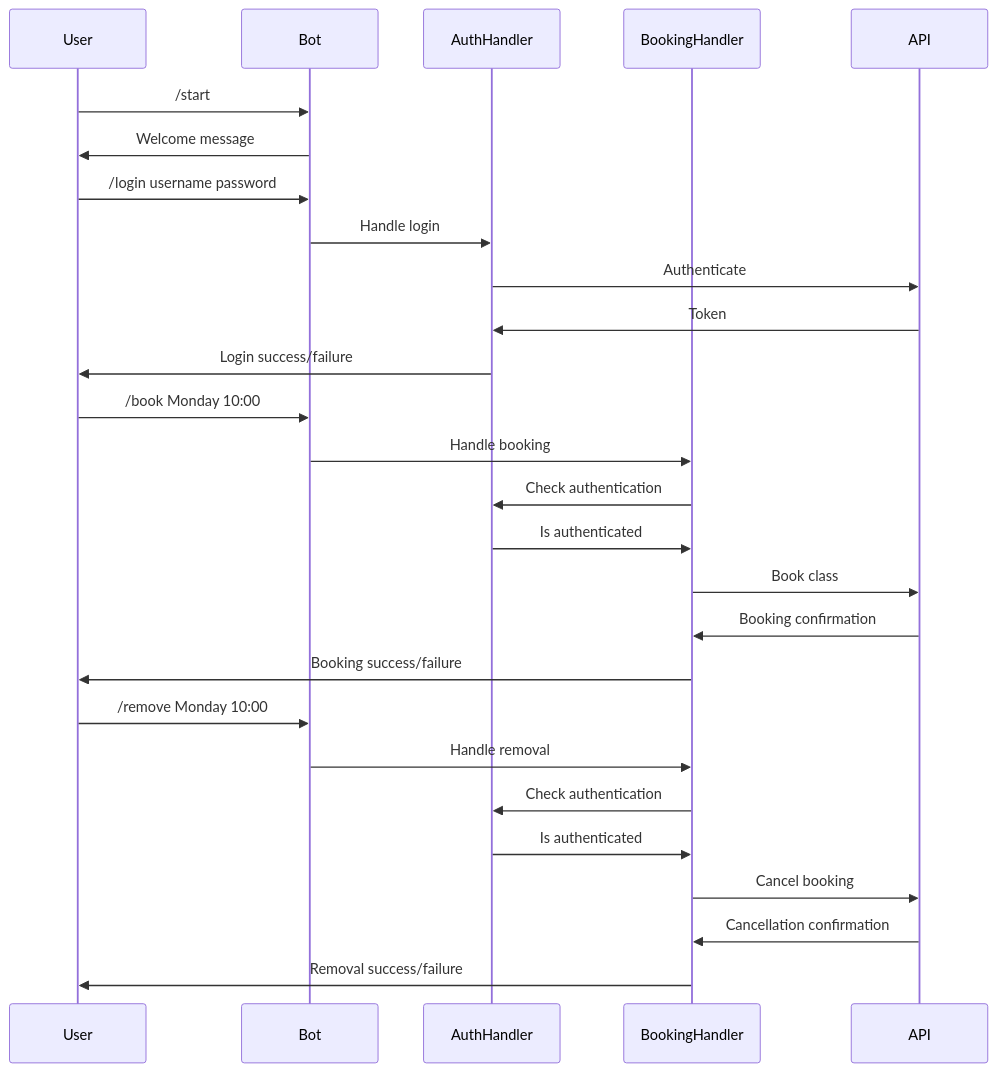
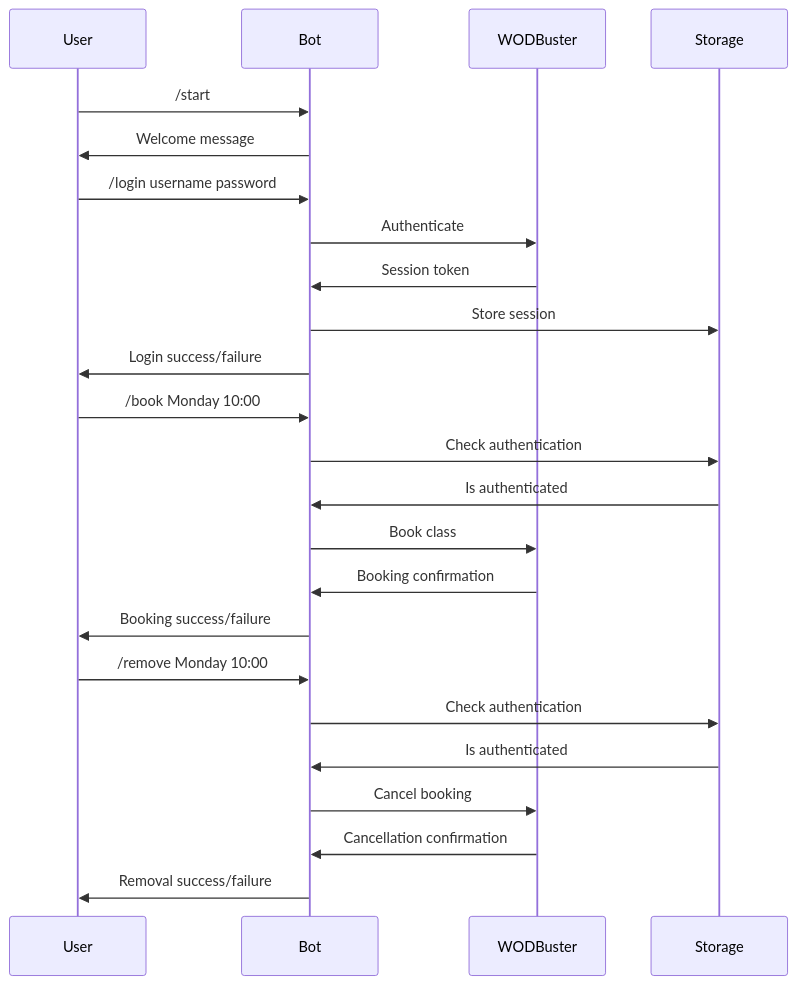
The diagram in README.md (MihaiLupoiu/wodbuster-bot), drawn with Mermaid before and after one commit. The commit also changed other lines of this file, not shown here.

````diff
--- a/README.md
+++ b/README.md
@@ -28,33 +27,30 @@
 ```mermaid
 sequenceDiagram
     participant User
     participant Bot
-    participant AuthHandler
-    participant BookingHandler
-    participant API
+    participant WODBuster
+    participant Storage
 
     User->>Bot: /start
     Bot->>User: Welcome message
 
     User->>Bot: /login username password
-    Bot->>AuthHandler: Handle login
-    AuthHandler->>API: Authenticate
-    API->>AuthHandler: Token
-    AuthHandler->>User: Login success/failure
+    Bot->>WODBuster: Authenticate
+    WODBuster->>Bot: Session token
+    Bot->>Storage: Store session
+    Bot->>User: Login success/failure
 
     User->>Bot: /book Monday 10:00
-    Bot->>BookingHandler: Handle booking
-    BookingHandler->>AuthHandler: Check authentication
-    AuthHandler->>BookingHandler: Is authenticated
-    BookingHandler->>API: Book class
-    API->>BookingHandler: Booking confirmation
-    BookingHandler->>User: Booking success/failure
+    Bot->>Storage: Check authentication
+    Storage->>Bot: Is authenticated
+    Bot->>WODBuster: Book class
+    WODBuster->>Bot: Booking confirmation
+    Bot->>User: Booking success/failure
 
     User->>Bot: /remove Monday 10:00
-    Bot->>BookingHandler: Handle removal
-    BookingHandler->>AuthHandler: Check authentication
-    AuthHandler->>BookingHandler: Is authenticated
-    BookingHandler->>API: Cancel booking
-    API->>BookingHandler: Cancellation confirmation
-    BookingHandler->>User: Removal success/failure
+    Bot->>Storage: Check authentication
+    Storage->>Bot: Is authenticated
+    Bot->>WODBuster: Cancel booking
+    WODBuster->>Bot: Cancellation confirmation
+    Bot->>User: Removal success/failure
 ```
````
